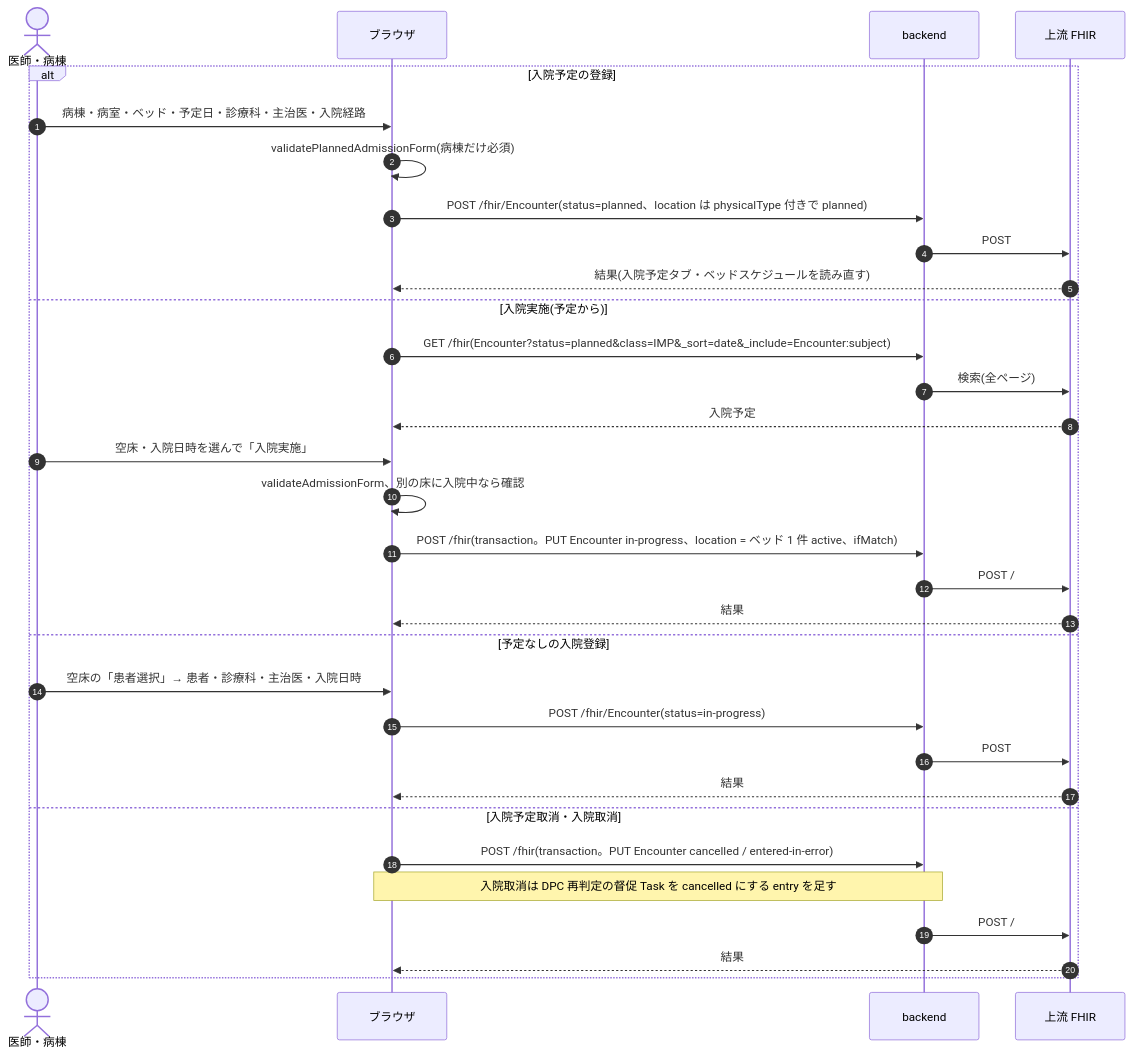
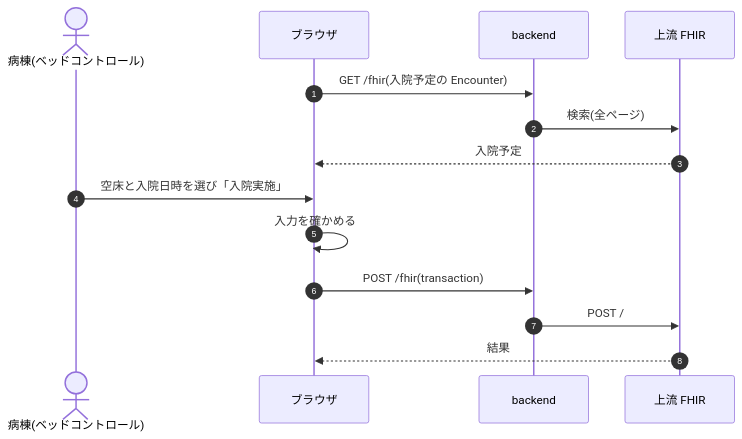
The second of 7 diagrams in docs/dev/admission-discharge.md (ysnr-dev/fhir-client-docs), drawn with Mermaid before and after one commit. The commit also changed other lines of this file and 43 other files, not shown here.

Commit message:
docs: 業務フローとシーケンス図を写し直し

````diff
--- a/docs/dev/admission-discharge.md
+++ b/docs/dev/admission-discharge.md
@@ -56,35 +132,17 @@
 ```mermaid
 sequenceDiagram
   autonumber
-  actor Dr as 医師・病棟
+  actor Ns as 病棟(ベッドコントロール)
   participant UI as ブラウザ
   participant BE as backend
   participant FHIR as 上流 FHIR
 
-  alt 入院予定の登録
-    Dr->>UI: 病棟・病室・ベッド・予定日・診療科・主治医・入院経路
-    UI->>UI: validatePlannedAdmissionForm(病棟だけ必須)
-    UI->>BE: POST /fhir/Encounter(status=planned、location は physicalType 付きで planned)
-    BE->>FHIR: POST
-    FHIR-->>UI: 結果(入院予定タブ・ベッドスケジュールを読み直す)
-  else 入院実施(予定から)
-    UI->>BE: GET /fhir(Encounter?status=planned&class=IMP&_sort=date&_include=Encounter:subject)
-    BE->>FHIR: 検索(全ページ)
-    FHIR-->>UI: 入院予定
-    Dr->>UI: 空床・入院日時を選んで「入院実施」
-    UI->>UI: validateAdmissionForm、別の床に入院中なら確認
-    UI->>BE: POST /fhir(transaction。PUT Encounter in-progress、location = ベッド 1 件 active、ifMatch)
-    BE->>FHIR: POST /
-    FHIR-->>UI: 結果
-  else 予定なしの入院登録
-    Dr->>UI: 空床の「患者選択」→ 患者・診療科・主治医・入院日時
-    UI->>BE: POST /fhir/Encounter(status=in-progress)
-    BE->>FHIR: POST
-    FHIR-->>UI: 結果
-  else 入院予定取消・入院取消
-    UI->>BE: POST /fhir(transaction。PUT Encounter cancelled / entered-in-error)
-    Note over UI,BE: 入院取消は DPC 再判定の督促 Task を cancelled にする entry を足す
-    BE->>FHIR: POST /
-    FHIR-->>UI: 結果
-  end
+  UI->>BE: GET /fhir(入院予定の Encounter)
+  BE->>FHIR: 検索(全ページ)
+  FHIR-->>UI: 入院予定
+  Ns->>UI: 空床と入院日時を選び「入院実施」
+  UI->>UI: 入力を確かめる
+  UI->>BE: POST /fhir(transaction)
+  BE->>FHIR: POST /
+  FHIR-->>UI: 結果
 ```
````
